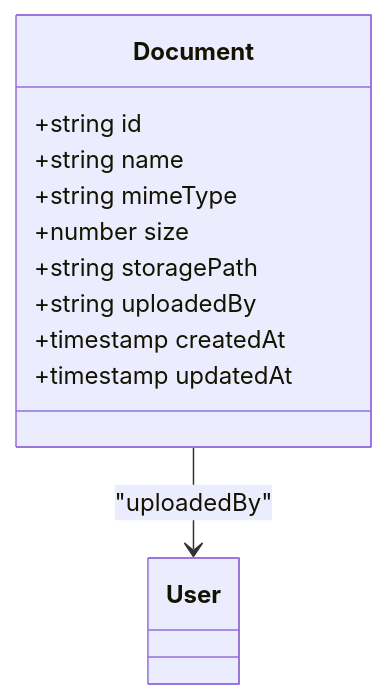
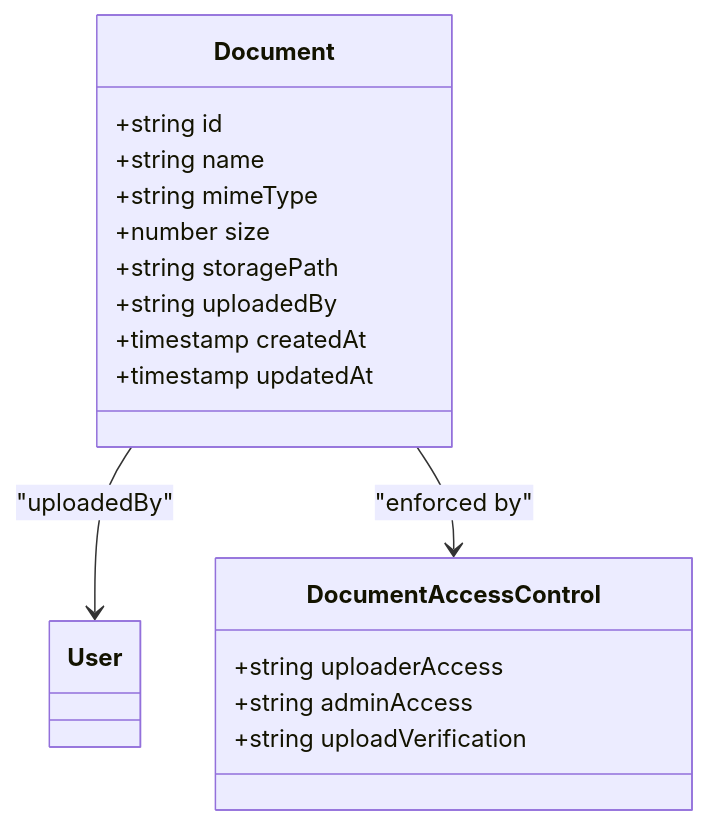
Before and after one commit to ngothanhtung/claude-code-shadcn-dashboard: the eighth of 10 diagrams in .qoder/repowiki/en/content/Database Schema.md, drawn with Mermaid. The commit also changed other lines of this file and 165 other files, not shown here.

````diff
--- a/.qoder/repowiki/en/content/Database Schema.md
+++ b/.qoder/repowiki/en/content/Database Schema.md
@@ -307,14 +362,20 @@
 ```mermaid
 classDiagram
 class Document {
 +string id
 +string name
 +string mimeType
 +number size
 +string storagePath
 +string uploadedBy
 +timestamp createdAt
 +timestamp updatedAt
 }
+class DocumentAccessControl {
++string uploaderAccess
++string adminAccess
++string uploadVerification
+}
 Document --> User : "uploadedBy"
+Document --> DocumentAccessControl : "enforced by"
 ```
````
